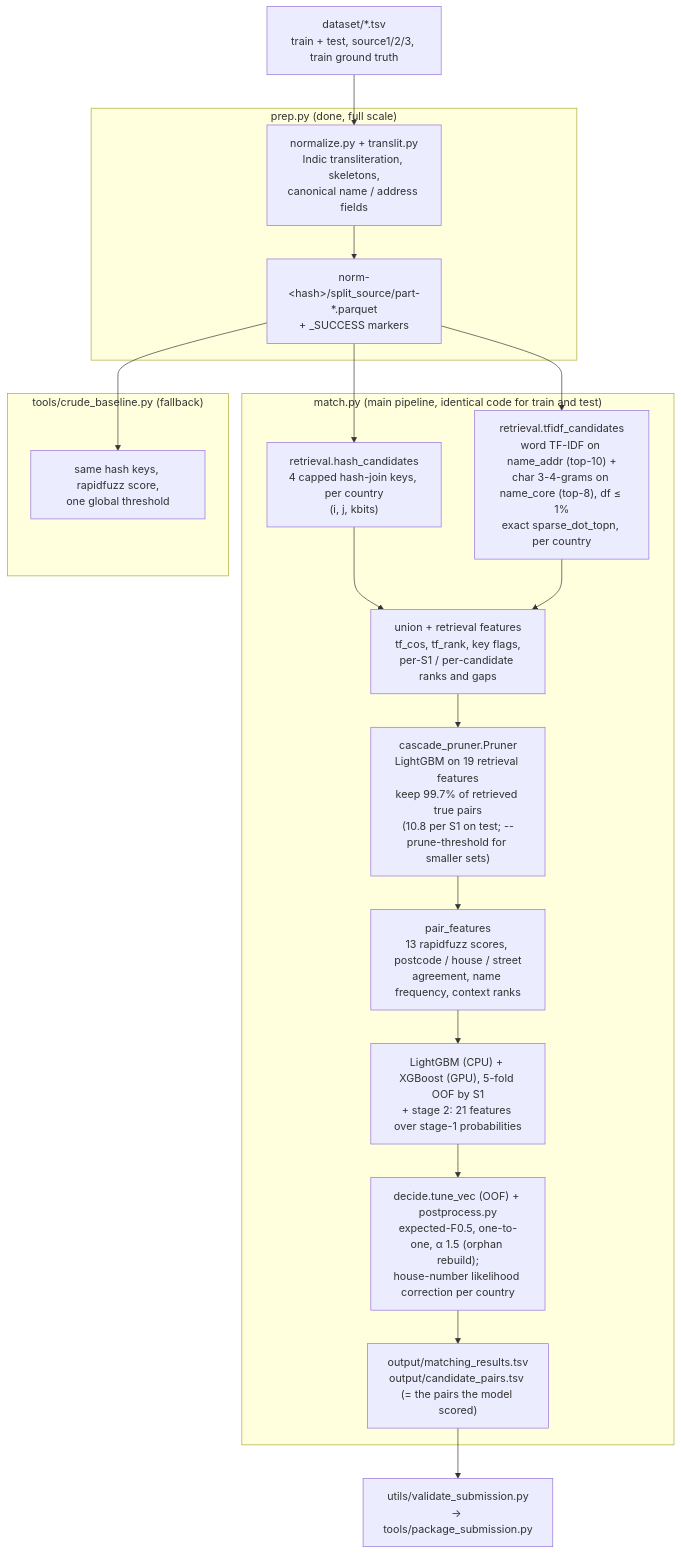
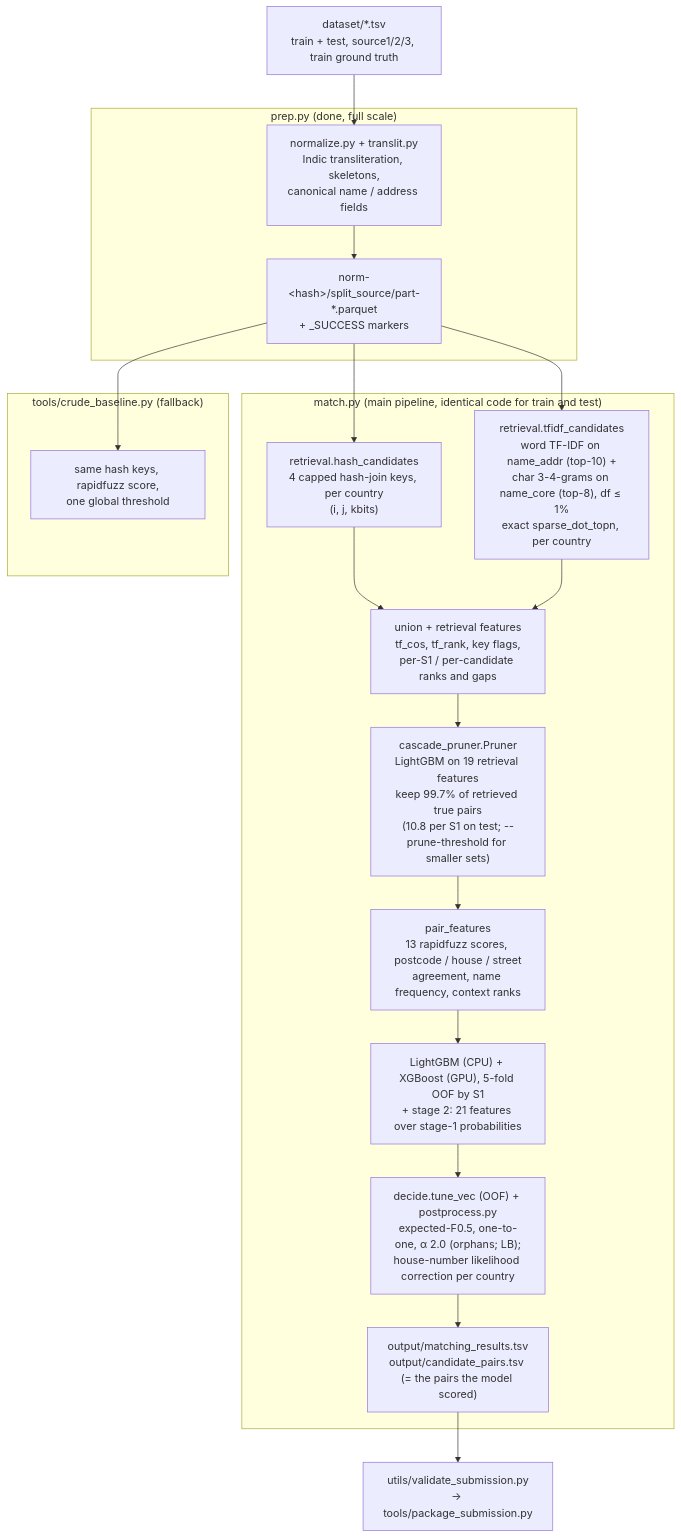
The diagram in ARCHITECTURE.md (nocool235/napy-ML-challenge), drawn with Mermaid before and after one commit. The commit also changed other lines of this file and 5 other files, not shown here.

````diff
--- a/ARCHITECTURE.md
+++ b/ARCHITECTURE.md
@@ -47,34 +47,34 @@
 ```mermaid
 flowchart TD
     RAW["dataset/*.tsv<br/>train + test, source1/2/3, train ground truth"]
 
     subgraph PREP["prep.py (done, full scale)"]
         P1["normalize.py + translit.py<br/>Indic transliteration, skeletons,<br/>canonical name / address fields"]
         P2["norm-&lt;hash&gt;/split_source/part-*.parquet<br/>+ _SUCCESS markers"]
         P1 --> P2
     end
     RAW --> P1
 
     subgraph MAIN["match.py (main pipeline, identical code for train and test)"]
         R1["retrieval.hash_candidates<br/>4 capped hash-join keys, per country<br/>(i, j, kbits)"]
         R2["retrieval.tfidf_candidates<br/>word TF-IDF on name_addr (top-10) +<br/>char 3-4-grams on name_core (top-8), df ≤ 1%<br/>exact sparse_dot_topn, per country"]
         U["union + retrieval features<br/>tf_cos, tf_rank, key flags,<br/>per-S1 / per-candidate ranks and gaps"]
         PR["cascade_pruner.Pruner<br/>LightGBM on 19 retrieval features<br/>keep 99.7% of retrieved true pairs<br/>(10.8 per S1 on test; --prune-threshold for smaller sets)"]
         FE["pair_features<br/>13 rapidfuzz scores, postcode / house / street<br/>agreement, name frequency, context ranks"]
         M["LightGBM (CPU) + XGBoost (GPU), 5-fold OOF by S1<br/>+ stage 2: 21 features over stage-1 probabilities"]
-        D["decide.tune_vec (OOF) + postprocess.py<br/>expected-F0.5, one-to-one, α 1.5 (orphan rebuild);<br/>house-number likelihood correction per country"]
+        D["decide.tune_vec (OOF) + postprocess.py<br/>expected-F0.5, one-to-one, α 2.0 (orphans; LB);<br/>house-number likelihood correction per country"]
         O["output/matching_results.tsv<br/>output/candidate_pairs.tsv (= the pairs the model scored)"]
         R1 --> U
         R2 --> U
         U --> PR --> FE --> M --> D --> O
     end
     P2 --> R1
     P2 --> R2
 
     subgraph FALL["tools/crude_baseline.py (fallback)"]
         C1["same hash keys, rapidfuzz score,<br/>one global threshold"]
     end
     P2 --> C1
 
     O --> V["utils/validate_submission.py<br/>→ tools/package_submission.py"]
 ```
````
